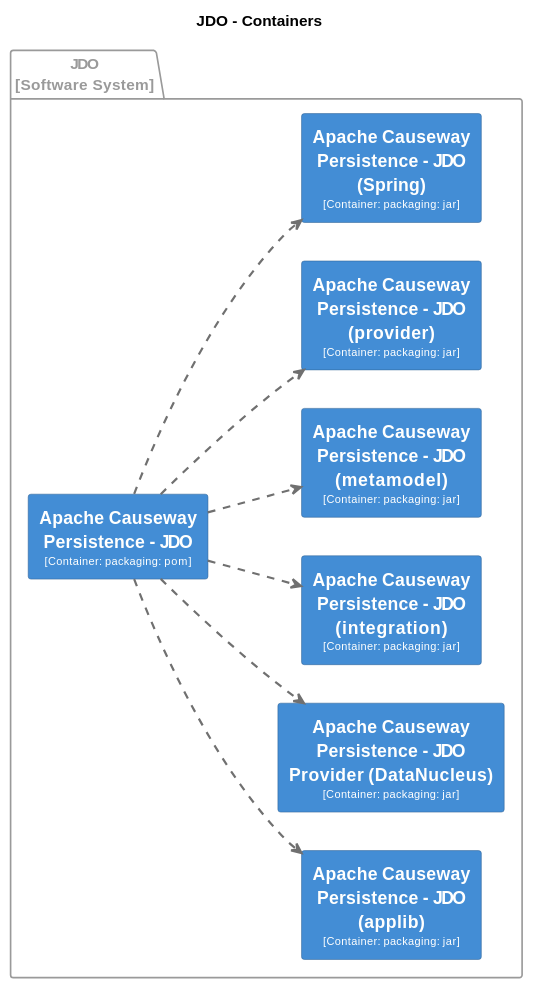
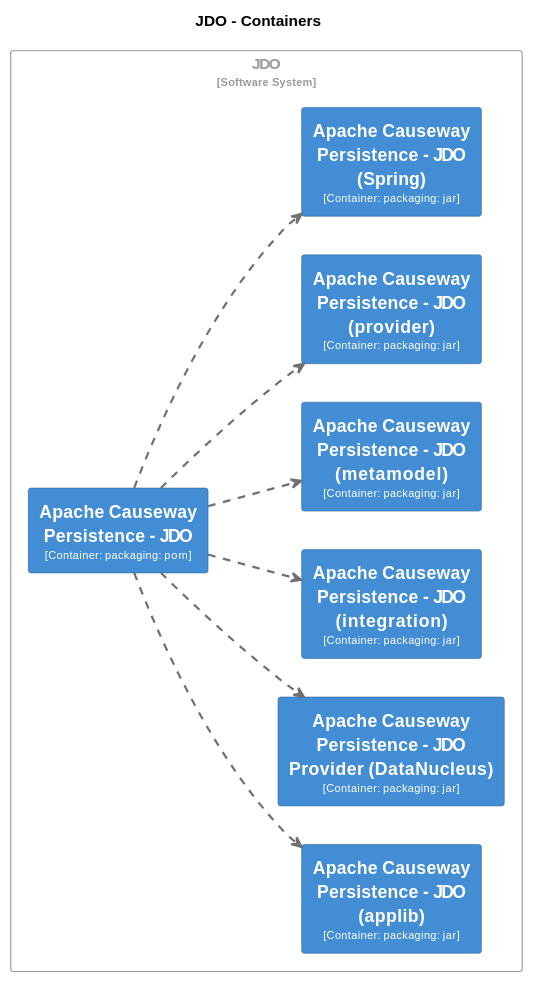
Before and after one commit to apache/causeway: the ninth of 31 diagrams in core/adoc/modules/_overview/pages/about.adoc, drawn with PlantUML. The commit also changed other lines of this file and 4 other files, not shown here.

```diff
--- a/core/adoc/modules/_overview/pages/about.adoc
+++ b/core/adoc/modules/_overview/pages/about.adoc
@@ -1801,75 +2043,75 @@
 [plantuml,JDO,svg]
 ----
 @startuml
 set separator none
 title JDO - Containers
 
 left to right direction
 
 skinparam {
   shadowing false
   arrowFontSize 10
   defaultTextAlignment center
   wrapWidth 200
   maxMessageSize 100
 }
 
 hide stereotype
 
 skinparam rectangle<<JDO.ApacheCausewayPersistenceJDO>> {
   BackgroundColor #438dd5
   FontColor #fffffe
   BorderColor #2e6295
 }
 skinparam rectangle<<JDO.ApacheCausewayPersistenceJDOSpring>> {
   BackgroundColor #438dd5
   FontColor #fffffe
   BorderColor #2e6295
 }
 skinparam rectangle<<JDO.ApacheCausewayPersistenceJDOapplib>> {
   BackgroundColor #438dd5
   FontColor #fffffe
   BorderColor #2e6295
 }
 skinparam rectangle<<JDO.ApacheCausewayPersistenceJDOintegration>> {
   BackgroundColor #438dd5
   FontColor #fffffe
   BorderColor #2e6295
 }
 skinparam rectangle<<JDO.ApacheCausewayPersistenceJDOmetamodel>> {
   BackgroundColor #438dd5
   FontColor #fffffe
   BorderColor #2e6295
 }
 skinparam rectangle<<JDO.ApacheCausewayPersistenceJDOprovider>> {
   BackgroundColor #438dd5
   FontColor #fffffe
   BorderColor #2e6295
 }
 skinparam rectangle<<JDO.ApacheCausewayPersistenceJDOProviderDataNucleus>> {
   BackgroundColor #438dd5
   FontColor #fffffe
   BorderColor #2e6295
 }
 
-package "JDO\n[Software System]" <<JDO>> {
-  skinparam PackageBorderColor<<JDO>> #9a9a9a
-  skinparam PackageFontColor<<JDO>> #9a9a9a
+rectangle "JDO\n<size:10>[Software System]</size>" <<JDO>> {
+  skinparam RectangleBorderColor<<JDO>> #9a9a9a
+  skinparam RectangleFontColor<<JDO>> #9a9a9a
 
   rectangle "==Apache Causeway Persistence - JDO\n<size:10>[Container: packaging: pom]</size>" <<JDO.ApacheCausewayPersistenceJDO>> as JDO.ApacheCausewayPersistenceJDO
   rectangle "==Apache Causeway Persistence - JDO (applib)\n<size:10>[Container: packaging: jar]</size>" <<JDO.ApacheCausewayPersistenceJDOapplib>> as JDO.ApacheCausewayPersistenceJDOapplib
   rectangle "==Apache Causeway Persistence - JDO Provider (DataNucleus)\n<size:10>[Container: packaging: jar]</size>" <<JDO.ApacheCausewayPersistenceJDOProviderDataNucleus>> as JDO.ApacheCausewayPersistenceJDOProviderDataNucleus
   rectangle "==Apache Causeway Persistence - JDO (integration)\n<size:10>[Container: packaging: jar]</size>" <<JDO.ApacheCausewayPersistenceJDOintegration>> as JDO.ApacheCausewayPersistenceJDOintegration
   rectangle "==Apache Causeway Persistence - JDO (metamodel)\n<size:10>[Container: packaging: jar]</size>" <<JDO.ApacheCausewayPersistenceJDOmetamodel>> as JDO.ApacheCausewayPersistenceJDOmetamodel
   rectangle "==Apache Causeway Persistence - JDO (provider)\n<size:10>[Container: packaging: jar]</size>" <<JDO.ApacheCausewayPersistenceJDOprovider>> as JDO.ApacheCausewayPersistenceJDOprovider
   rectangle "==Apache Causeway Persistence - JDO (Spring)\n<size:10>[Container: packaging: jar]</size>" <<JDO.ApacheCausewayPersistenceJDOSpring>> as JDO.ApacheCausewayPersistenceJDOSpring
 }
 
 JDO.ApacheCausewayPersistenceJDO .[#707070,thickness=2].> JDO.ApacheCausewayPersistenceJDOProviderDataNucleus : "<color:#707070>"
 JDO.ApacheCausewayPersistenceJDO .[#707070,thickness=2].> JDO.ApacheCausewayPersistenceJDOintegration : "<color:#707070>"
 JDO.ApacheCausewayPersistenceJDO .[#707070,thickness=2].> JDO.ApacheCausewayPersistenceJDOmetamodel : "<color:#707070>"
 JDO.ApacheCausewayPersistenceJDO .[#707070,thickness=2].> JDO.ApacheCausewayPersistenceJDOprovider : "<color:#707070>"
 JDO.ApacheCausewayPersistenceJDO .[#707070,thickness=2].> JDO.ApacheCausewayPersistenceJDOSpring : "<color:#707070>"
 JDO.ApacheCausewayPersistenceJDO .[#707070,thickness=2].> JDO.ApacheCausewayPersistenceJDOapplib : "<color:#707070>"
 @enduml
 ----
```
